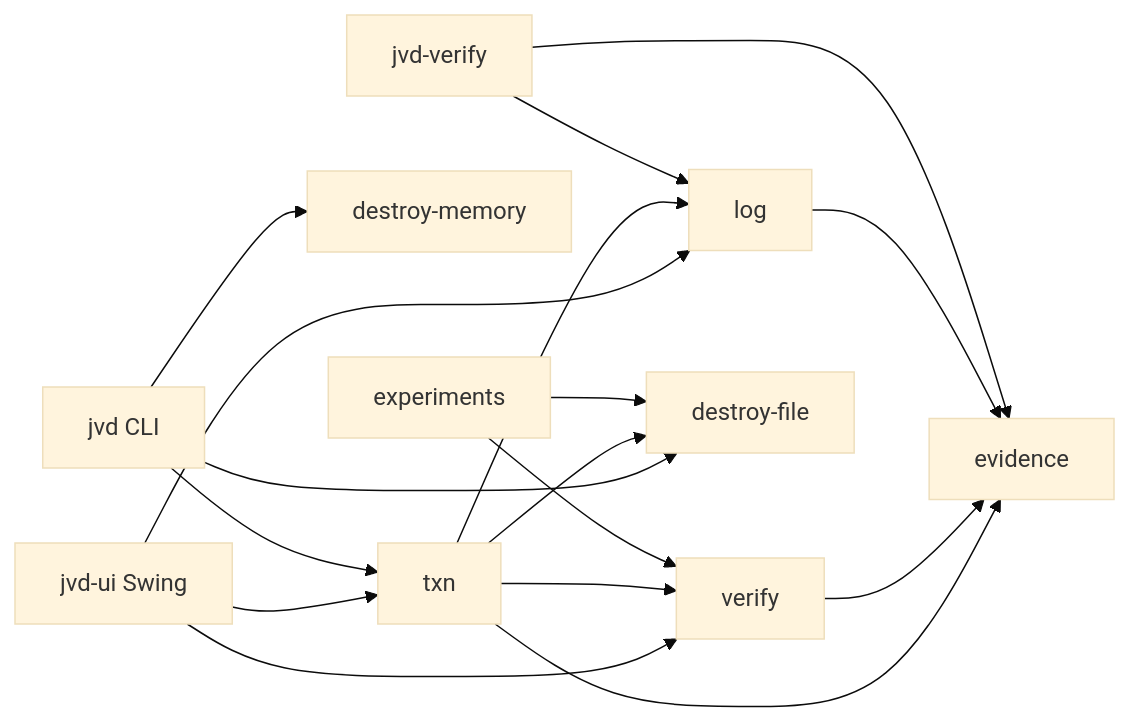
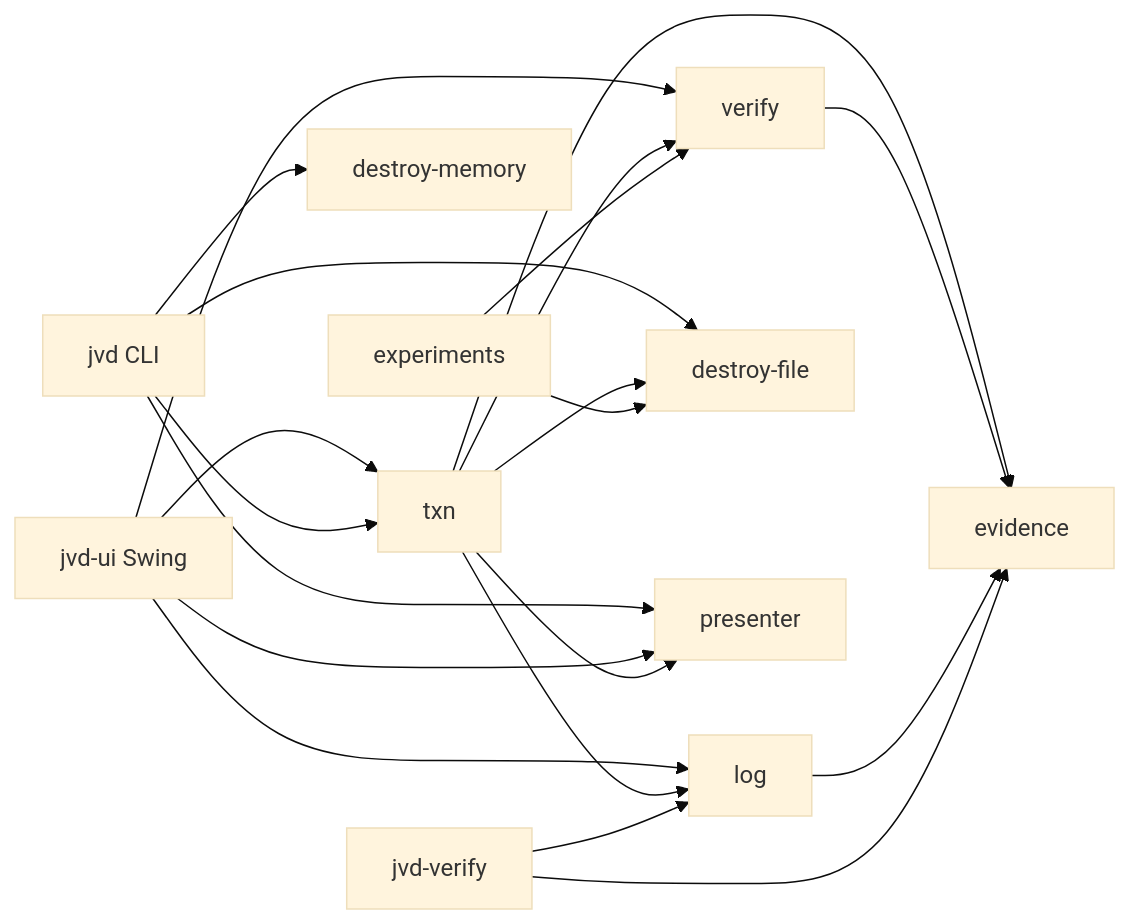
Before and after one commit to LangerSword/jverifydestroy: the diagram in README.md, drawn with Mermaid (base theme). The commit also changed other lines of this file and 13 other files, not shown here.

````diff
--- a/README.md
+++ b/README.md
@@ -57,19 +58,22 @@
 ```mermaid
 flowchart LR
   UI[jvd-ui Swing] --> TXN
   UI --> VER
   UI --> LOG
   CLI[jvd CLI] --> MEM[destroy-memory]
   CLI --> FILE[destroy-file]
   CLI --> TXN[txn]
+  CLI --> PRES[presenter]
+  UI --> PRES
+  TXN --> PRES
   TXN --> FILE
   TXN --> VER[verify]
   TXN --> EV[evidence]
   TXN --> LOG[log]
   VER --> EV
   LOG --> EV
   VCLI[jvd-verify] --> LOG
   VCLI --> EV
   EXP[experiments] --> VER
   EXP --> FILE
 ```
````
